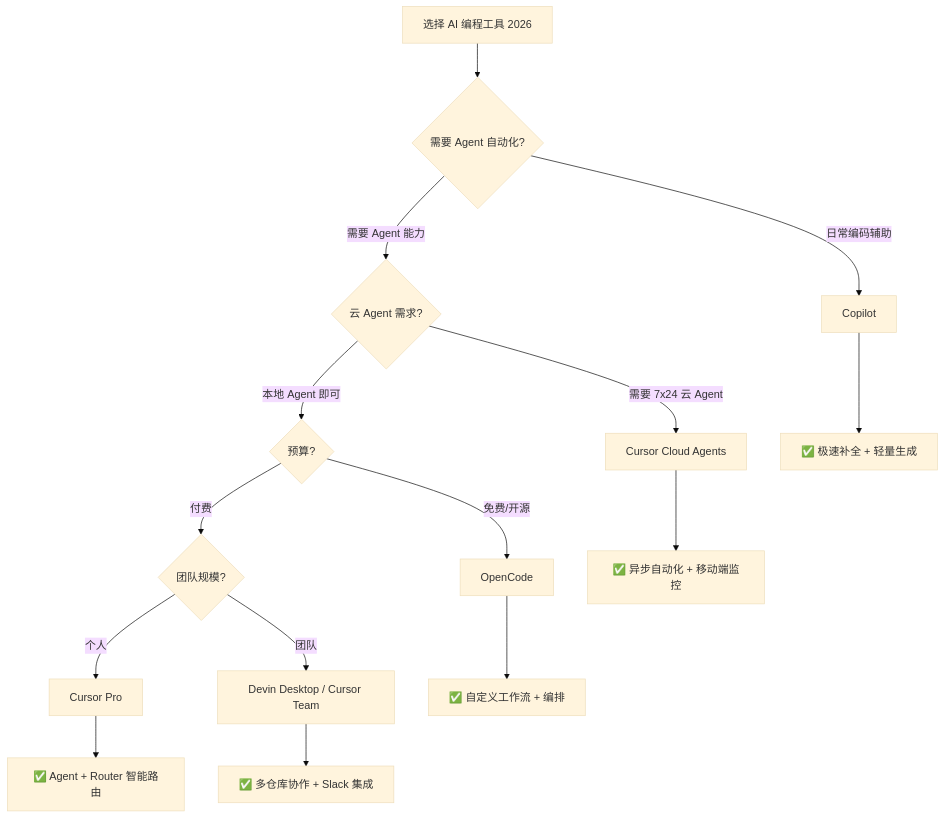
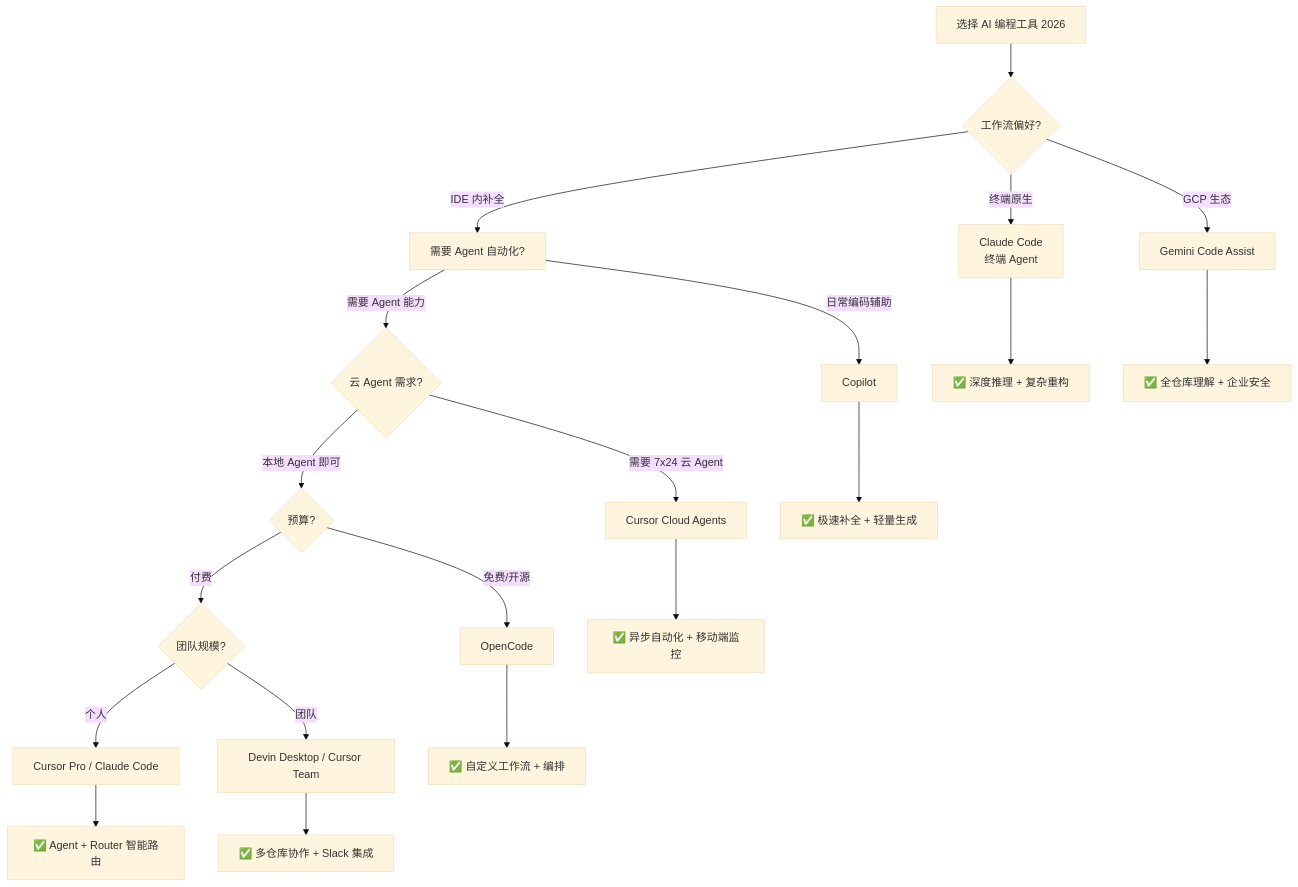
The second of 2 diagrams in docs/ai-dev/ai-tools-overview.md (TonyXY/frontend-interview), drawn with Mermaid (base theme) before and after one commit. The commit also changed other lines of this file and 9 other files, not shown here.

````diff
--- a/docs/ai-dev/ai-tools-overview.md
+++ b/docs/ai-dev/ai-tools-overview.md
@@ -113,21 +144,28 @@
 ```mermaid
 flowchart TD
-    A[选择 AI 编程工具 2026] --> B{需要 Agent 自动化?}
-    B -->|日常编码辅助| C[Copilot]
-    B -->|需要 Agent 能力| D{云 Agent 需求?}
+    A[选择 AI 编程工具 2026] --> B{工作流偏好?}
     
-    D -->|需要 7x24 云 Agent| E[Cursor Cloud Agents]
-    D -->|本地 Agent 即可| F{预算?}
+    B -->|IDE 内补全| C[需要 Agent 自动化?]
+    B -->|终端原生| D[Claude Code<br/>终端 Agent]
+    B -->|GCP 生态| E[Gemini Code Assist]
     
-    F -->|免费/开源| G[OpenCode]
-    F -->|付费| H{团队规模?}
+    C -->|日常编码辅助| F[Copilot]
+    C -->|需要 Agent 能力| G{云 Agent 需求?}
     
-    H -->|个人| I[Cursor Pro]
-    H -->|团队| J[Devin Desktop / Cursor Team]
+    G -->|需要 7x24 云 Agent| H[Cursor Cloud Agents]
+    G -->|本地 Agent 即可| I{预算?}
     
-    C --> K[✅ 极速补全 + 轻量生成]
-    E --> L[✅ 异步自动化 + 移动端监控]
-    G --> M[✅ 自定义工作流 + 编排]
-    I --> N[✅ Agent + Router 智能路由]
-    J --> O[✅ 多仓库协作 + Slack 集成]
+    I -->|免费/开源| J[OpenCode]
+    I -->|付费| K{团队规模?}
+    
+    K -->|个人| L[Cursor Pro / Claude Code]
+    K -->|团队| M[Devin Desktop / Cursor Team]
+    
+    F --> N[✅ 极速补全 + 轻量生成]
+    D --> O[✅ 深度推理 + 复杂重构]
+    E --> P[✅ 全仓库理解 + 企业安全]
+    H --> Q[✅ 异步自动化 + 移动端监控]
+    J --> R[✅ 自定义工作流 + 编排]
+    L --> S[✅ Agent + Router 智能路由]
+    M --> T[✅ 多仓库协作 + Slack 集成]
 ```
````
